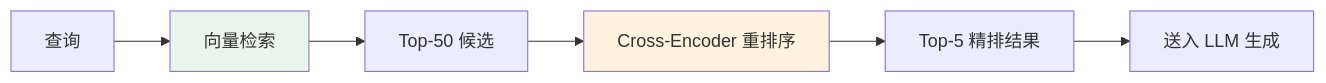
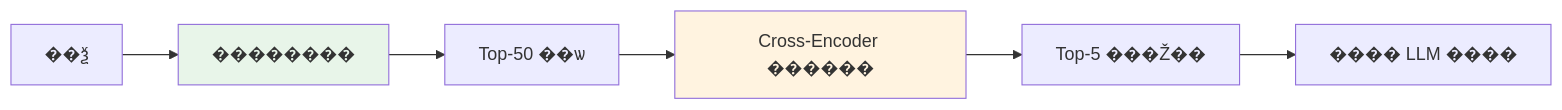
The fifth of 7 diagrams in content/post/ai-interview/RAG召回率低怎么优化.zh-CN.md (TimeHunter618/hugo-maid-dev), drawn with Mermaid before and after one commit. The commit also changed other lines of this file and 70 other files, not shown here.

````diff
--- a/content/post/ai-interview/RAG召回率低怎么优化.zh-CN.md
+++ b/content/post/ai-interview/RAG召回率低怎么优化.zh-CN.md
@@ -273,11 +273,11 @@
 ```mermaid
 graph LR
-    A[查询] --> B[向量检索]
-    B --> C[Top-50 候选]
-    C --> D[Cross-Encoder 重排序]
-    D --> E[Top-5 精排结果]
-    E --> F[送入 LLM 生成]
+    A[��ѯ] --> B[��������]
+    B --> C[Top-50 ��ѡ]
+    C --> D[Cross-Encoder ������]
+    D --> E[Top-5 ���Ž��]
+    E --> F[���� LLM ����]
 
     style B fill:#e8f5e9
     style D fill:#fff3e0
 ```
````
